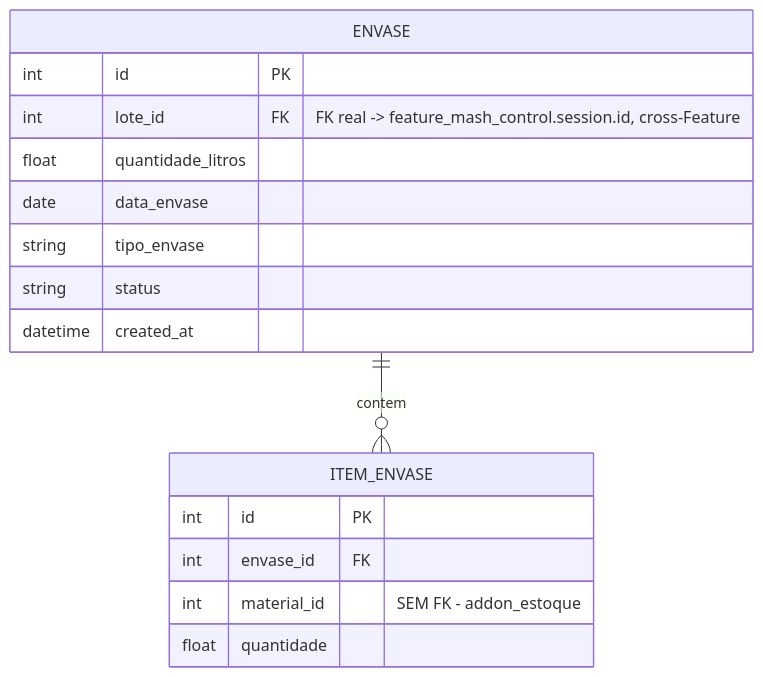
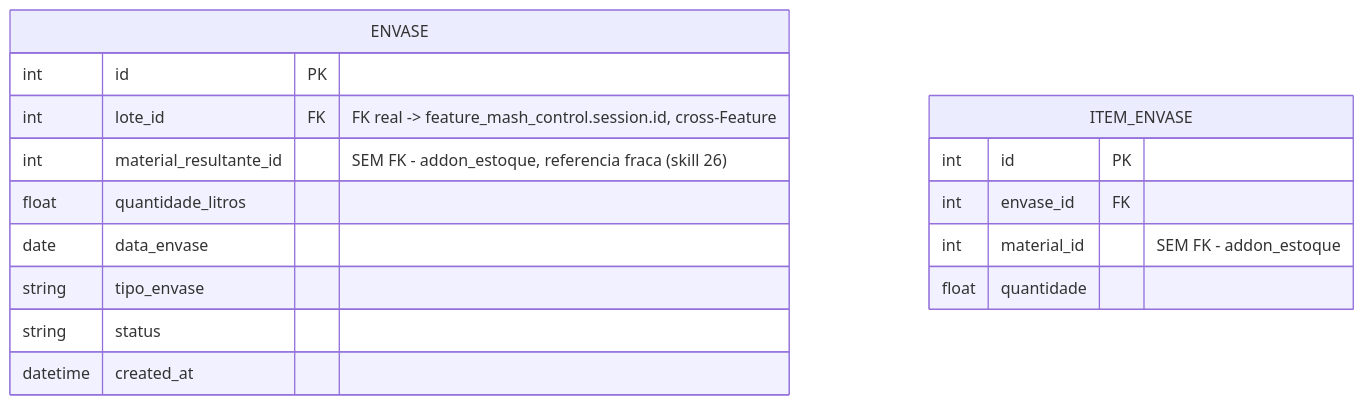
The diagram in addons/addon_brewstation/features/feature_envase/docs/technical/04-modelo-de-dados.md (ChristopherNicolasSMM/Tesseract), drawn with Mermaid before and after one commit. The commit also changed other lines of this file and 17 other files, not shown here.

Commit message:
docs: revisa docs/technical de feature_envase/mash_control/brew_father pos skills 25/26/27 (fecha item 4 do BACKLOG)

````diff
--- a/addons/addon_brewstation/features/feature_envase/docs/technical/04-modelo-de-dados.md
+++ b/addons/addon_brewstation/features/feature_envase/docs/technical/04-modelo-de-dados.md
@@ -3,20 +3,19 @@
 ```mermaid
 erDiagram
-    ENVASE ||--o{ ITEM_ENVASE : "contem"
-
     ENVASE {
         int id PK
         int lote_id FK "FK real -> feature_mash_control.session.id, cross-Feature"
+        int material_resultante_id "SEM FK - addon_estoque, referencia fraca (skill 26)"
         float quantidade_litros
         date data_envase
         string tipo_envase
         string status
         datetime created_at
     }
     ITEM_ENVASE {
         int id PK
         int envase_id FK
         int material_id "SEM FK - addon_estoque"
         float quantidade
     }
 ```
````
